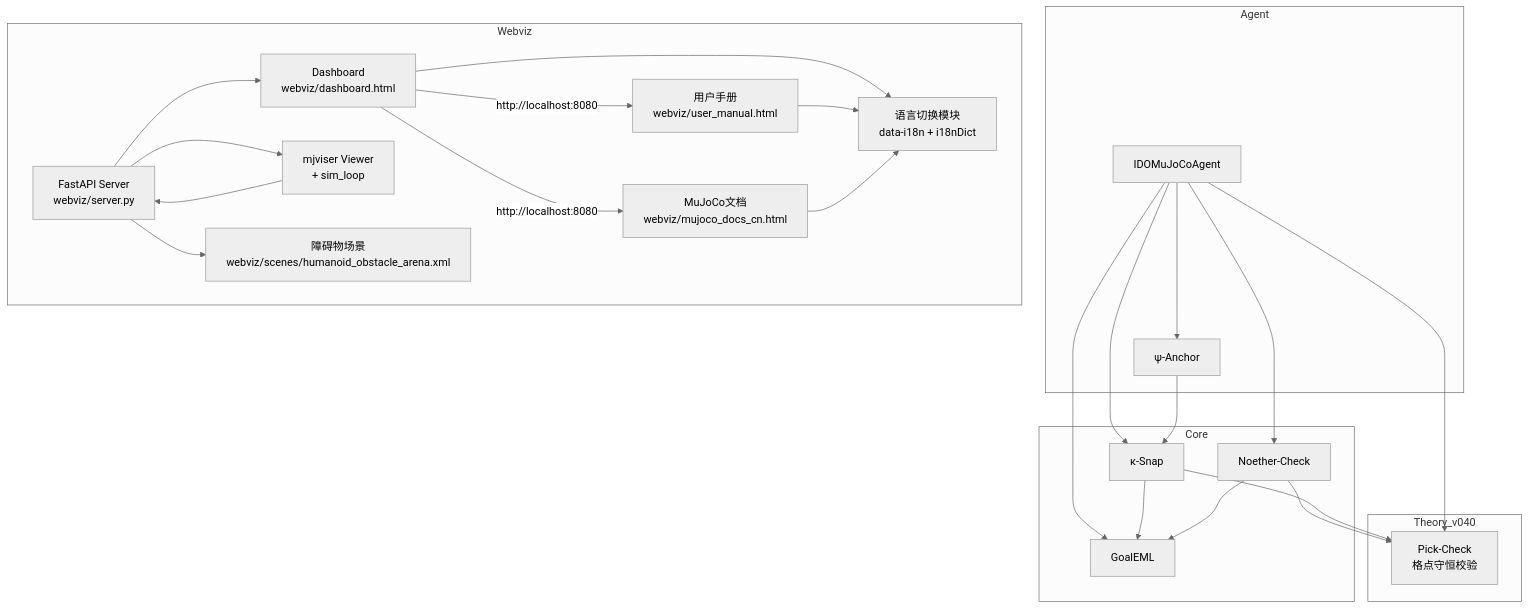
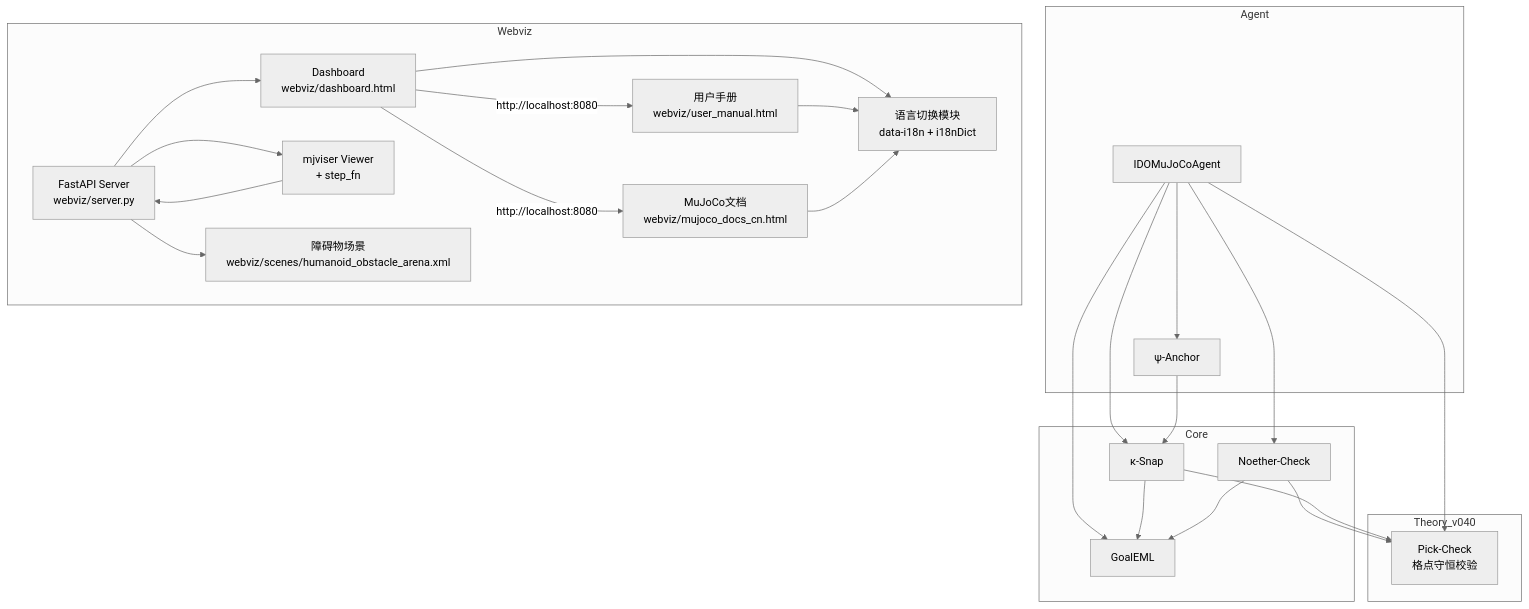
Before and after one commit to lisoleg/MuJoCo-Bench-IDO: the seventh of 7 diagrams in docs/ARCHITECTURE.md, drawn with Mermaid (neutral theme). The commit also changed other lines of this file and 2 other files, not shown here.

First line of the commit message:
v0.4.1: Fix mjviser empty scene — viewer.run() signal crash + data race

````diff
--- a/docs/ARCHITECTURE.md
+++ b/docs/ARCHITECTURE.md
@@ -662,48 +665,48 @@
 ```mermaid
 graph TB
     subgraph Core
         GoalEML["GoalEML"]
         KappaSnap["κ-Snap"]
         Noether["Noether-Check"]
     end
 
     subgraph Theory_v040
         PickCheck["Pick-Check<br/>格点守恒校验"]
     end
 
     subgraph Agent
         IDOAgent["IDOMuJoCoAgent"]
         PsiAnchor["ψ-Anchor"]
     end
 
     subgraph Webviz
         FastAPI["FastAPI Server<br/>webviz/server.py"]
         Dashboard["Dashboard<br/>webviz/dashboard.html"]
-        Mjviser["mjviser Viewer<br/>+ sim_loop"]
+        Mjviser["mjviser Viewer<br/>+ step_fn"]
         UserManual["用户手册<br/>webviz/user_manual.html"]
         MuJoCoDocs["MuJoCo文档<br/>webviz/mujoco_docs_cn.html"]
         ObstacleScene["障碍物场景<br/>webviz/scenes/humanoid_obstacle_arena.xml"]
         I18nModule["语言切换模块<br/>data-i18n + i18nDict"]
     end
 
     Noether --> PickCheck
     KappaSnap --> PickCheck
     IDOAgent --> GoalEML
     IDOAgent --> KappaSnap
     IDOAgent --> Noether
     IDOAgent --> PsiAnchor
     IDOAgent --> PickCheck
     PsiAnchor --> KappaSnap
     KappaSnap --> GoalEML
     Noether --> GoalEML
 
     FastAPI --> Dashboard
     FastAPI --> Mjviser
     FastAPI --> ObstacleScene
     Dashboard --> I18nModule
     UserManual --> I18nModule
     MuJoCoDocs --> I18nModule
     Dashboard -->|"http://localhost:8080"| UserManual
     Dashboard -->|"http://localhost:8080"| MuJoCoDocs
     Mjviser --> FastAPI
 ```
````
